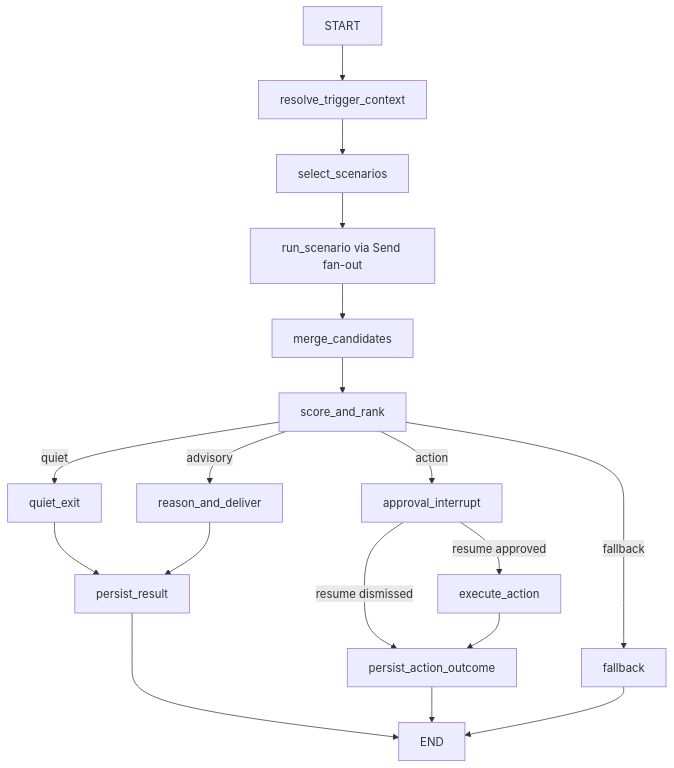
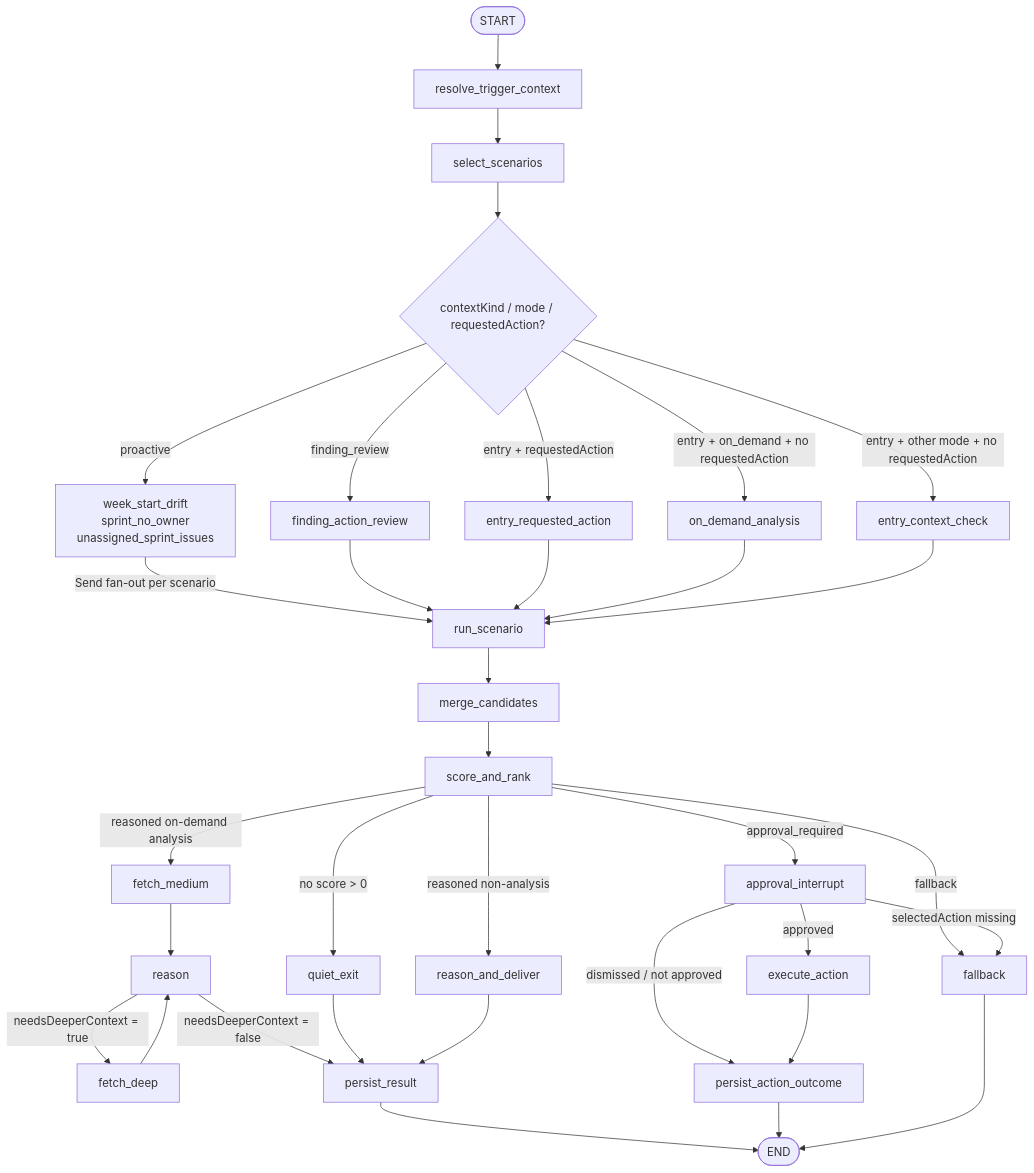
One commit to thisisyoussef/ship changed the diagram in docs/assignments/fleetgraph/FLEETGRAPH.md. Above: the diagram before and after it, drawn with Mermaid. The commit also changed other lines of this file, not shown here.

Commit message:
docs: refresh fleetgraph graph diagram (#185)

````diff
--- a/docs/assignments/fleetgraph/FLEETGRAPH.md
+++ b/docs/assignments/fleetgraph/FLEETGRAPH.md
@@ -72,20 +74,44 @@
 ```mermaid
 flowchart TD
-  A["START"] --> B["resolve_trigger_context"]
-  B --> C["select_scenarios"]
-  C --> D["run_scenario via Send fan-out"]
-  D --> E["merge_candidates"]
-  E --> F["score_and_rank"]
-  F -->|quiet| G["quiet_exit"]
-  F -->|advisory| H["reason_and_deliver"]
-  F -->|action| I["approval_interrupt"]
-  F -->|fallback| J["fallback"]
-  G --> K["persist_result"]
-  H --> K
-  I -->|resume approved| L["execute_action"]
-  I -->|resume dismissed| M["persist_action_outcome"]
-  L --> M
-  K --> N["END"]
-  M --> N
-  J --> N
+  start(["START"]) --> rtc["resolve_trigger_context"]
+  rtc --> sel["select_scenarios"]
+  sel --> mode{"contextKind / mode / requestedAction?"}
+
+  mode -->|proactive| proactive["week_start_drift<br/>sprint_no_owner<br/>unassigned_sprint_issues"]
+  mode -->|finding_review| review["finding_action_review"]
+  mode -->|entry + requestedAction| entryAction["entry_requested_action"]
+  mode -->|entry + on_demand + no requestedAction| analysis["on_demand_analysis"]
+  mode -->|entry + other mode + no requestedAction| entryCheck["entry_context_check"]
+
+  proactive -->|Send fan-out per scenario| run["run_scenario"]
+  review --> run
+  entryAction --> run
+  analysis --> run
+  entryCheck --> run
+
+  run --> merge["merge_candidates"]
+  merge --> rank["score_and_rank"]
+
+  rank -->|no score > 0| quiet["quiet_exit"]
+  rank -->|fallback| fallback["fallback"]
+  rank -->|approval_required| interrupt["approval_interrupt"]
+  rank -->|reasoned non-analysis| deliver["reason_and_deliver"]
+  rank -->|reasoned on-demand analysis| fetchMedium["fetch_medium"]
+
+  fetchMedium --> reason["reason"]
+  reason -->|needsDeeperContext = true| fetchDeep["fetch_deep"]
+  fetchDeep --> reason
+  reason -->|needsDeeperContext = false| persist["persist_result"]
+
+  quiet --> persist
+  deliver --> persist
+
+  interrupt -->|selectedAction missing| fallback
+  interrupt -->|approved| execute["execute_action"]
+  interrupt -->|dismissed / not approved| actionPersist["persist_action_outcome"]
+  execute --> actionPersist
+
+  persist --> done(["END"])
+  actionPersist --> done
+  fallback --> done
 ```
````
